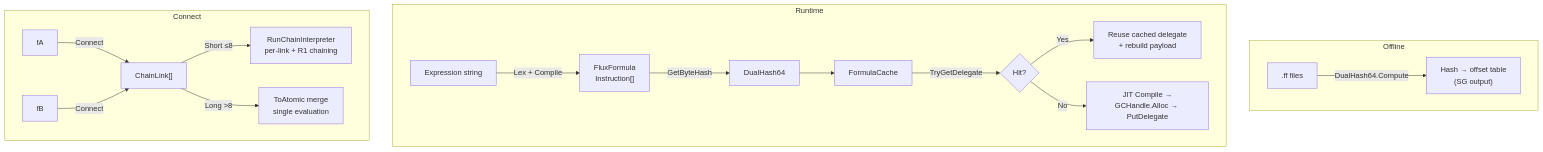
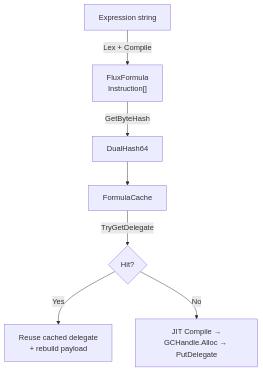
The second of 3 diagrams in docs/en/technical/compile-cache.md (twds0x13/FluxFormula), drawn with Mermaid before and after one commit. The commit also changed other lines of this file and 5 other files, not shown here.

Commit message:
docs: fix Mermaid diagrams — split compile-cache into 3 blocks, add centering CSS, fix Instruction/Connect diagrams [skip test]

````diff
--- a/docs/en/technical/compile-cache.md
+++ b/docs/en/technical/compile-cache.md
@@ -7,22 +16,9 @@
 ```mermaid
 flowchart TD
-    subgraph Offline
-        A[".ff files"] -->|DualHash64.Compute| B["Hash → offset table<br/>(SG output)"]
-    end
-
-    subgraph Runtime
-        C["Expression string"] -->|Lex + Compile| D["FluxFormula<br/>Instruction[]"]
-        D -->|GetByteHash| E["DualHash64"]
-        E --> F["FormulaCache"]
-        F -->|TryGetDelegate| G{"Hit?"}
-        G -->|Yes| H["Reuse cached delegate<br/>+ rebuild payload"]
-        G -->|No| I["JIT Compile →<br/>GCHandle.Alloc → PutDelegate"]
-    end
-
-    subgraph Connect
-        D1["fA"] -->|Connect| J["ChainLink[]"]
-        D2["fB"] -->|Connect| J
-        J -->|Short ≤8| K["RunChainInterpreter<br/>per-link + R1 chaining"]
-        J -->|Long >8| L["ToAtomic merge<br/>single evaluation"]
-    end
+    C["Expression string"] -->|Lex + Compile| D["FluxFormula<br/>Instruction[]"]
+    D -->|GetByteHash| E["DualHash64"]
+    E --> F["FormulaCache"]
+    F -->|TryGetDelegate| G{"Hit?"}
+    G -->|Yes| H["Reuse cached delegate<br/>+ rebuild payload"]
+    G -->|No| I["JIT Compile →<br/>GCHandle.Alloc → PutDelegate"]
 ```
````
